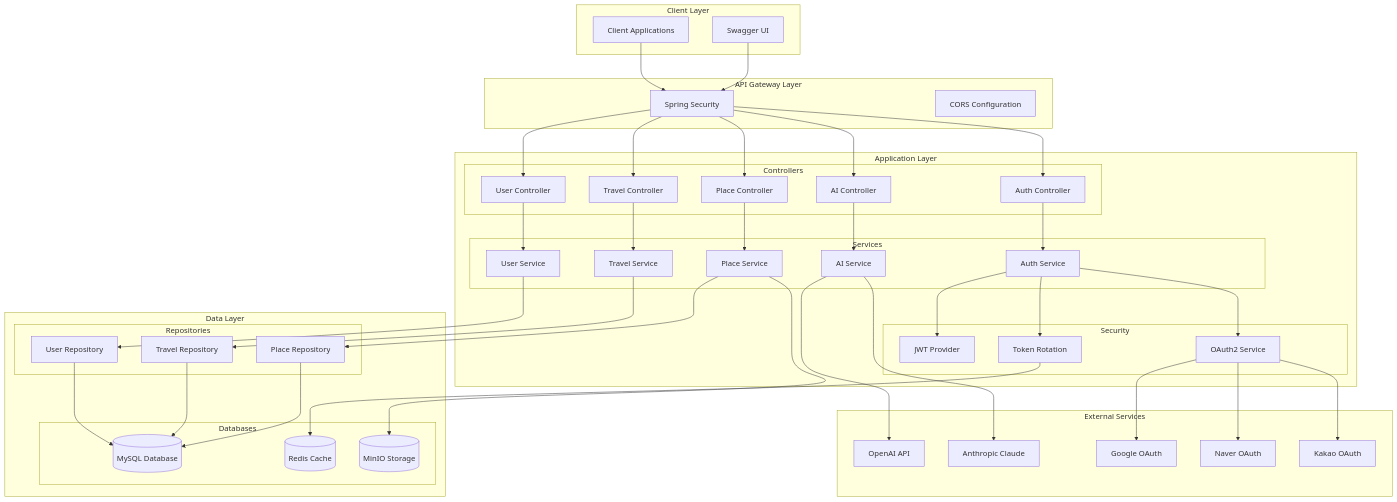
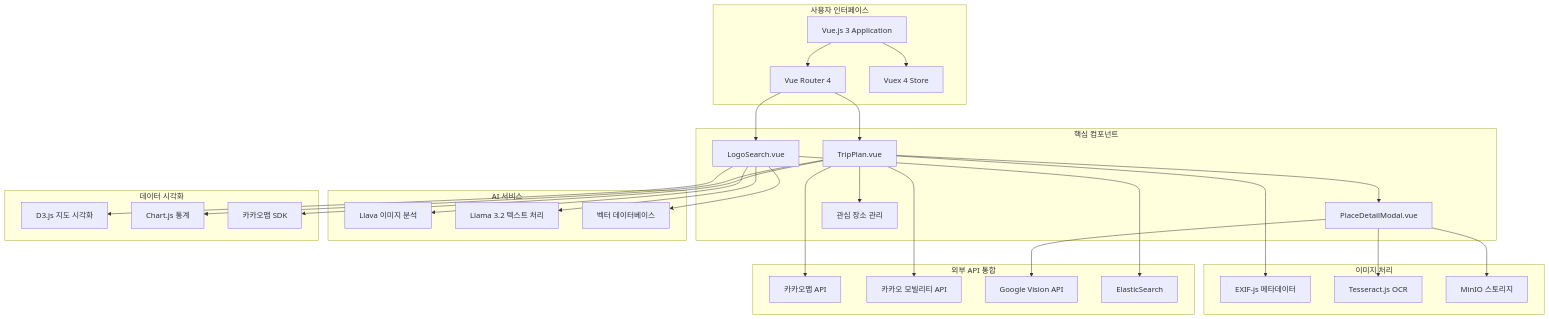
Before and after one commit to LOG-O-202505/LOG-O-vue: the first of 3 diagrams in README.md, drawn with Mermaid. The commit also changed other lines of this file, not shown here.

````diff
--- a/README.md
+++ b/README.md
@@ -17,93 +17,64 @@
 ```mermaid
 flowchart TB
-    subgraph "Client Layer"
-        C[Client Applications]
-        SW[Swagger UI]
+    subgraph "사용자 인터페이스"
+        UI[Vue.js 3 Application]
+        Router[Vue Router 4]
+        Store[Vuex 4 Store]
     end
     
-    subgraph "API Gateway Layer"
-        SC[Spring Security]
-        CC[CORS Configuration]
+    subgraph "핵심 컴포넌트"
+        TripPlan[TripPlan.vue]
+        LogoSearch[LogoSearch.vue]
+        PlaceDetail[PlaceDetailModal.vue]
+        WishList[관심 장소 관리]
     end
     
-    subgraph "Application Layer"
-        subgraph "Controllers"
-            UC[User Controller]
-            TC[Travel Controller]
-            AC[Auth Controller]
-            AIC[AI Controller]
-            PC[Place Controller]
-        end
-        
-        subgraph "Services"
-            US[User Service]
-            TS[Travel Service]
-            AS[Auth Service]
-            AIS[AI Service]
-            PS[Place Service]
-        end
-        
-        subgraph "Security"
-            JWT[JWT Provider]
-            RT[Token Rotation]
-            OAuth[OAuth2 Service]
-        end
+    subgraph "외부 API 통합"
+        KakaoMap[카카오맵 API]
+        KakaoMobility[카카오 모빌리티 API]
+        GoogleVision[Google Vision API]
+        ElasticSearch[ElasticSearch]
     end
     
-    subgraph "Data Layer"
-        subgraph "Repositories"
-            UR[User Repository]
-            TR[Travel Repository]
-            PR[Place Repository]
-        end
-        
-        subgraph "Databases"
-            MySQL[(MySQL Database)]
-            Redis[(Redis Cache)]
-            MinIO[(MinIO Storage)]
-        end
+    subgraph "AI 서비스"
+        Llava[Llava 이미지 분석]
+        Llama[Llama 3.2 텍스트 처리]
+        VectorDB[벡터 데이터베이스]
     end
     
-    subgraph "External Services"
-        OpenAI[OpenAI API]
-        Claude[Anthropic Claude]
-        Google[Google OAuth]
-        Naver[Naver OAuth]
-        Kakao[Kakao OAuth]
+    subgraph "데이터 시각화"
+        D3[D3.js 지도 시각화]
+        Charts[Chart.js 통계]
+        KakaoSDK[카카오맵 SDK]
     end
     
-    C --> SC
-    SW --> SC
-    SC --> UC
-    SC --> TC
-    SC --> AC
-    SC --> AIC
-    SC --> PC
+    subgraph "이미지 처리"
+        EXIF[EXIF-js 메타데이터]
+        OCR[Tesseract.js OCR]
+        MinIO[MinIO 스토리지]
+    end
     
-    UC --> US
-    TC --> TS
-    AC --> AS
-    AIC --> AIS
-    PC --> PS
+    UI --> Router
+    UI --> Store
+    Router --> TripPlan
+    Router --> LogoSearch
+    TripPlan --> PlaceDetail
+    TripPlan --> WishList
     
-    AS --> JWT
-    AS --> RT
-    AS --> OAuth
+    TripPlan --> KakaoMap
+    TripPlan --> KakaoMobility
+    TripPlan --> EXIF
     
-    US --> UR
-    TS --> TR
-    PS --> PR
+    LogoSearch --> ElasticSearch
+    LogoSearch --> Llava
+    LogoSearch --> Llama
+    LogoSearch --> D3
     
-    UR --> MySQL
-    TR --> MySQL
-    PR --> MySQL
+    PlaceDetail --> GoogleVision
+    PlaceDetail --> OCR
+    PlaceDetail --> MinIO
     
-    RT --> Redis
-    PS --> MinIO
-    
-    AIS --> OpenAI
-    AIS --> Claude
-    OAuth --> Google
-    OAuth --> Naver
-    OAuth --> Kakao
+    LogoSearch --> VectorDB
+    TripPlan --> Charts
+    TripPlan --> KakaoSDK
 ```
````
